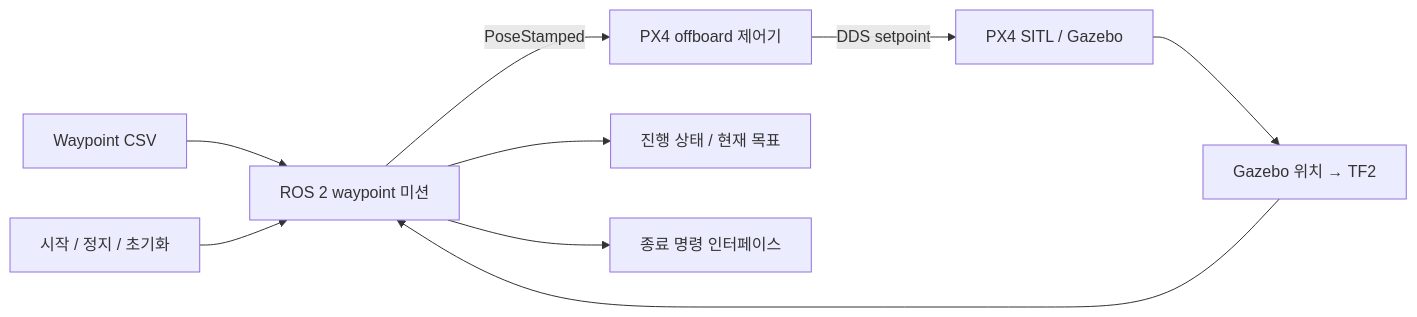
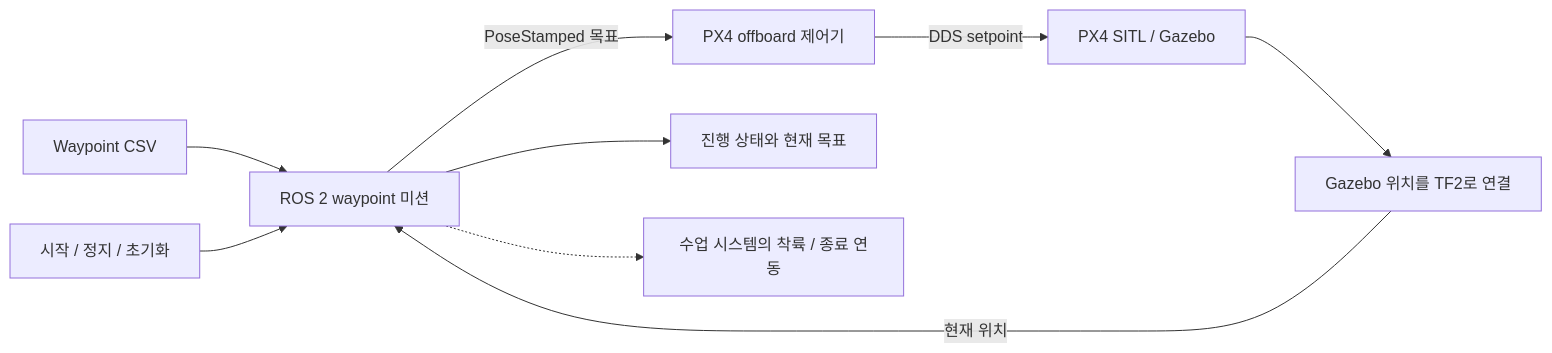
Before and after one commit to steveandy-sudo/uav-waypoint-portfolio: the diagram in README.ko.md, drawn with Mermaid. The commit also changed other lines of this file and 1 other file, not shown here.

Commit message:
Present UAV mission evidence and integration design clearly

````diff
--- a/README.ko.md
+++ b/README.ko.md
@@ -34,11 +26,11 @@
 ```mermaid
 flowchart LR
     CSV[Waypoint CSV] --> Mission[ROS 2 waypoint 미션]
-    Sim[PX4 SITL / Gazebo] --> TF[Gazebo 위치 → TF2]
-    TF --> Mission
+    Sim[PX4 SITL / Gazebo] --> TF[Gazebo 위치를 TF2로 연결]
+    TF -->|현재 위치| Mission
     User[시작 / 정지 / 초기화] --> Mission
-    Mission -->|PoseStamped| Controller[PX4 offboard 제어기]
+    Mission -->|PoseStamped 목표| Controller[PX4 offboard 제어기]
     Controller -->|DDS setpoint| Sim
-    Mission --> Status[진행 상태 / 현재 목표]
-    Mission --> Finish[종료 명령 인터페이스]
+    Mission --> Status[진행 상태와 현재 목표]
+    Mission -.-> Finish[수업 시스템의 착륙 / 종료 연동]
 ```
````
